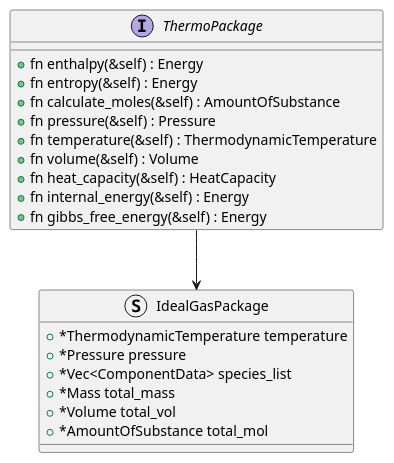
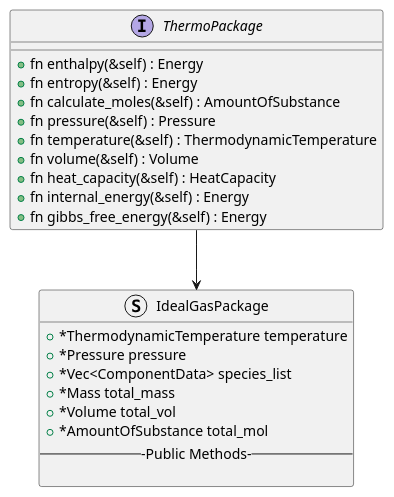
The diagram in thermo-module/thermo-packages/ideal-gas-package.puml (OSCPS-Project/OSCPS-UML), drawn with PlantUML before and after one commit.

Commit message:
updating repo

```diff
--- a/thermo-module/thermo-packages/ideal-gas-package.puml
+++ b/thermo-module/thermo-packages/ideal-gas-package.puml
@@ -1,27 +1,29 @@
 @startuml ideal_gas_package_class_design
 
 
 Interface ThermoPackage {
     + fn enthalpy(&self) : Energy
     + fn entropy(&self) : Energy
     + fn calculate_moles(&self) : AmountOfSubstance
     + fn pressure(&self) : Pressure
     + fn temperature(&self) : ThermodynamicTemperature
     + fn volume(&self) : Volume
     + fn heat_capacity(&self) : HeatCapacity
     + fn internal_energy(&self) : Energy
     + fn gibbs_free_energy(&self) : Energy
 }
 
 Struct IdealGasPackage {
   + *ThermodynamicTemperature temperature
   + *Pressure pressure
   + *Vec<ComponentData> species_list
   + *Mass total_mass
   + *Volume total_vol
   + *AmountOfSubstance total_mol
+  ---Public Methods---
+  
 }
 
 ThermoPackage --> IdealGasPackage
 
 @enduml
```
